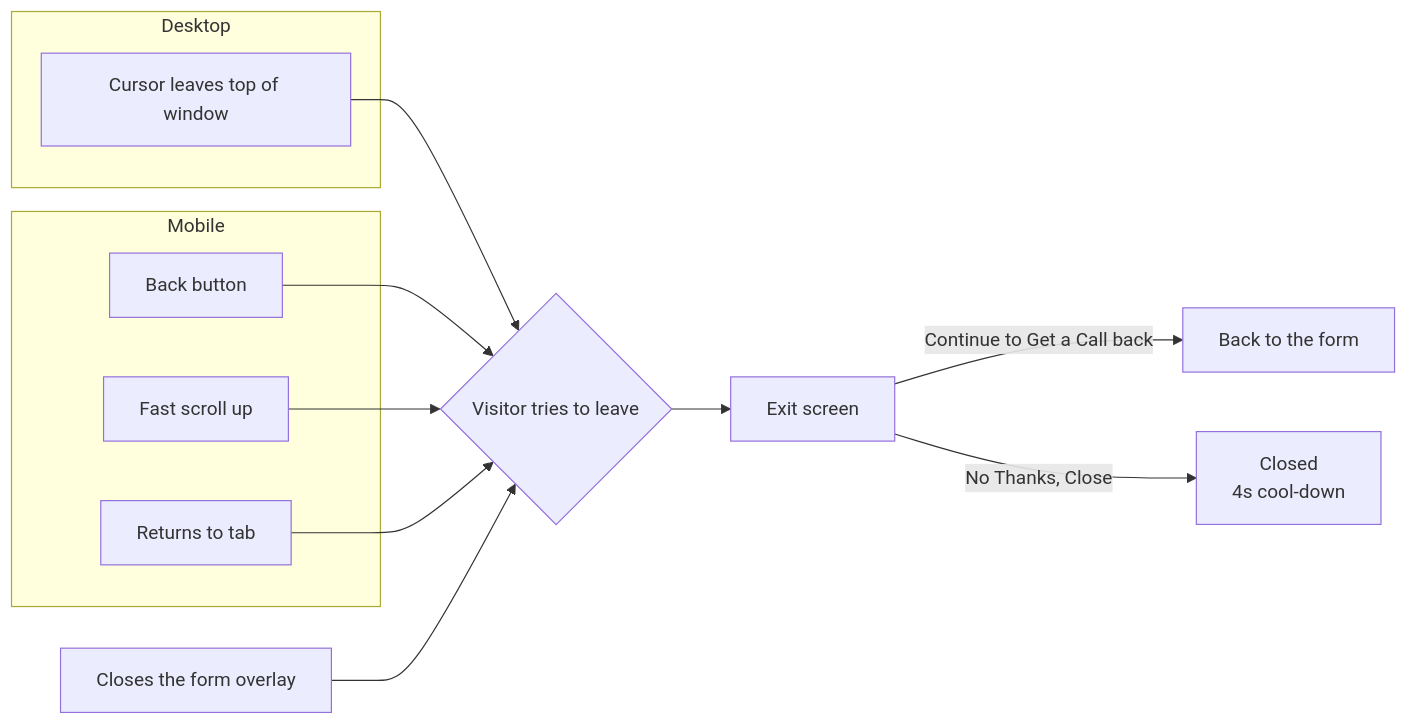
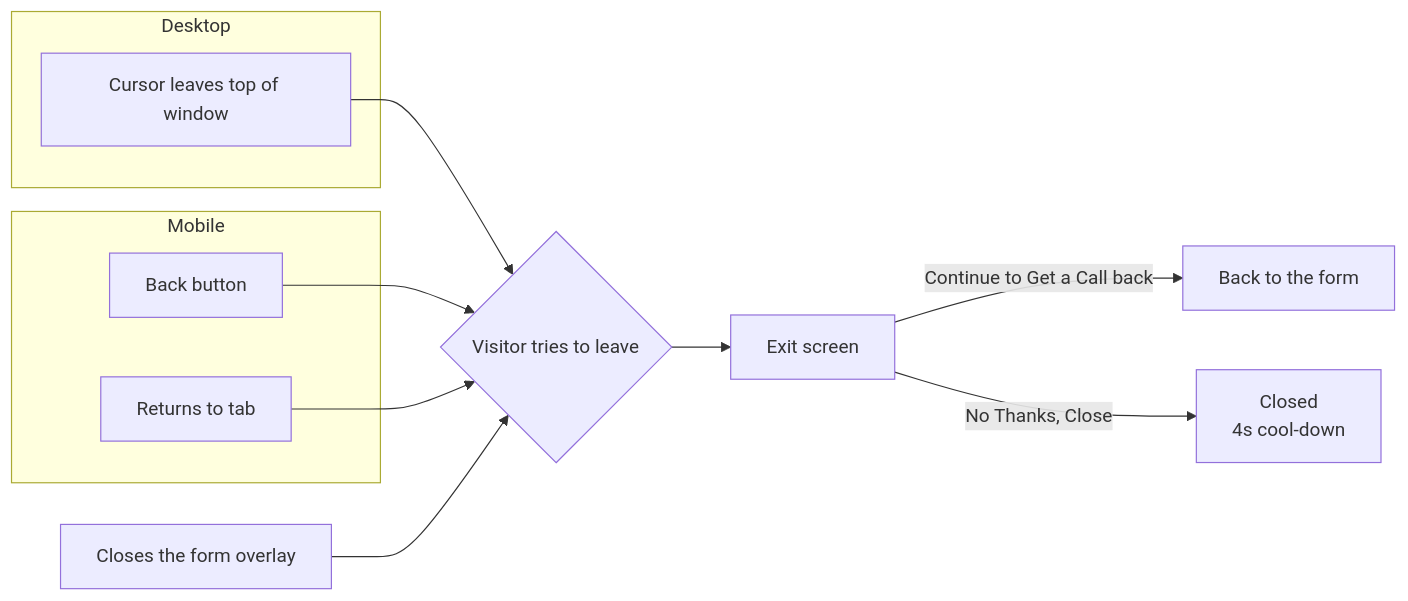
Before and after one commit to abhinavthak/dypatil-lead-form: the second of 2 diagrams in docs/PRD.md, drawn with Mermaid. The commit also changed other lines of this file and 3 other files, not shown here.

First line of the commit message:
Remove fast-scroll-up exit-intent trigger

````diff
--- a/docs/PRD.md
+++ b/docs/PRD.md
@@ -127,20 +127,18 @@
 ```mermaid
 flowchart LR
     A{Visitor tries to leave} --> B[Exit screen]
     subgraph Desktop
       A1[Cursor leaves top of window]
     end
     subgraph Mobile
       A2[Back button]
-      A3[Fast scroll up]
       A4[Returns to tab]
     end
     A5[Closes the form overlay]
     A1 --> A
     A2 --> A
-    A3 --> A
     A4 --> A
     A5 --> A
     B -->|Continue to Get a Call back| C[Back to the form]
     B -->|No Thanks, Close| D[Closed<br/>4s cool-down]
 ```
````
